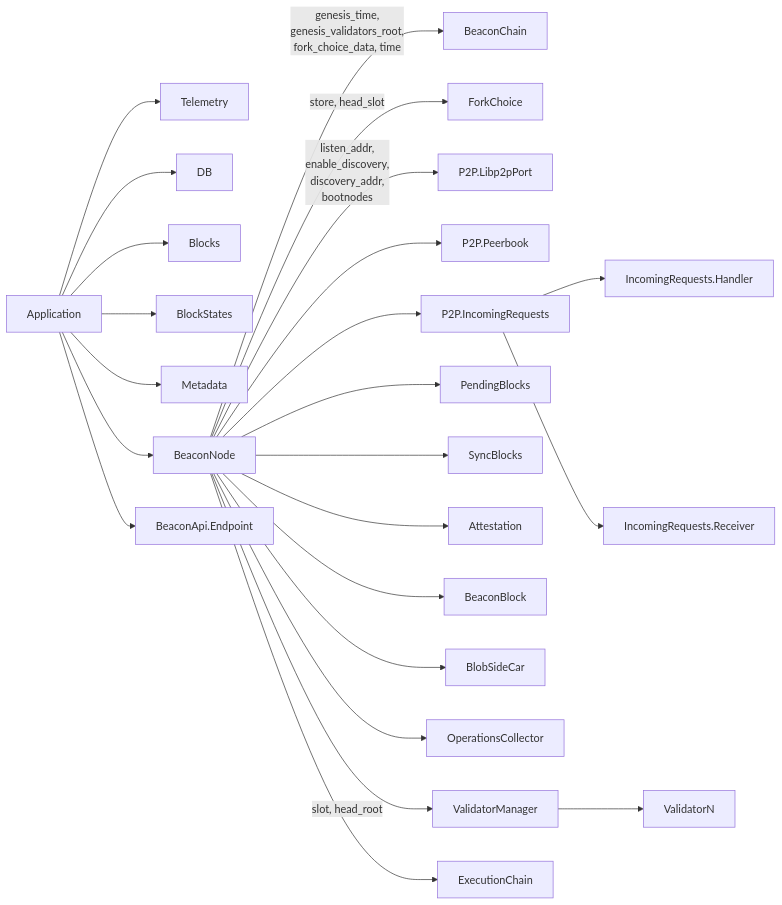
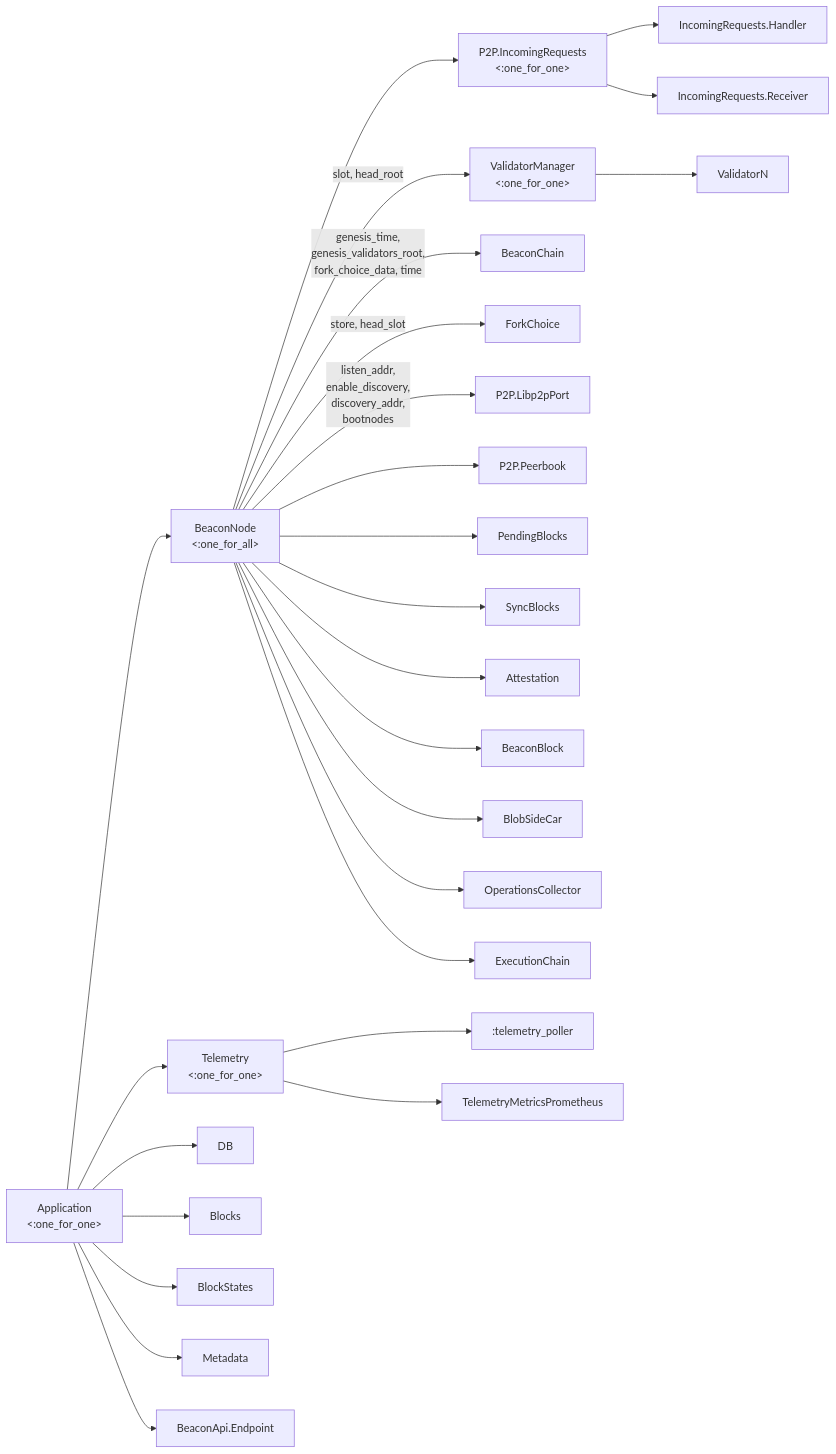
One commit to lambdaclass/lambda_ethereum_consensus changed the fourth of 4 diagrams in docs/architecture.md. Above: the diagram before and after it, drawn with Mermaid.

Commit message:
Add supervision strategies

````diff
--- a/docs/architecture.md
+++ b/docs/architecture.md
@@ -128,32 +128,37 @@
 ```mermaid
 graph LR
-
+Application[Application <br> <:one_for_one>]
+BeaconNode[BeaconNode <br> <:one_for_all>]
+P2P.IncomingRequests[P2P.IncomingRequests <br> <:one_for_one>]
+ValidatorManager[ValidatorManager <br> <:one_for_one>]
+Telemetry[Telemetry <br> <:one_for_one>]
 
 Application --> Telemetry
 Application --> DB
 Application --> Blocks
 Application --> BlockStates
-
-
 Application --> Metadata
 Application --> BeaconNode
 Application --> BeaconApi.Endpoint
 
 BeaconNode -->|genesis_time,<br>genesis_validators_root,<br> fork_choice_data, time| BeaconChain 
 BeaconNode -->|store, head_slot| ForkChoice
 BeaconNode -->|listen_addr, <br>enable_discovery, <br> discovery_addr, <br>bootnodes| P2P.Libp2pPort
 BeaconNode --> P2P.Peerbook
 BeaconNode --> P2P.IncomingRequests
 BeaconNode --> PendingBlocks
 BeaconNode --> SyncBlocks
 BeaconNode --> Attestation
 BeaconNode --> BeaconBlock
 BeaconNode --> BlobSideCar
 BeaconNode --> OperationsCollector
 BeaconNode -->|slot, head_root| ValidatorManager
 BeaconNode --> ExecutionChain
 ValidatorManager --> ValidatorN
 
 P2P.IncomingRequests --> IncomingRequests.Handler
 P2P.IncomingRequests --> IncomingRequests.Receiver
+
+Telemetry --> :telemetry_poller
+Telemetry --> TelemetryMetricsPrometheus
 ```
````
